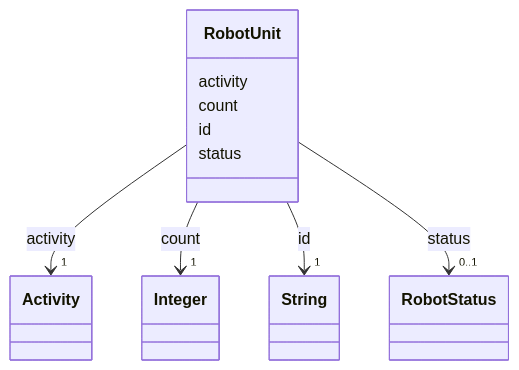
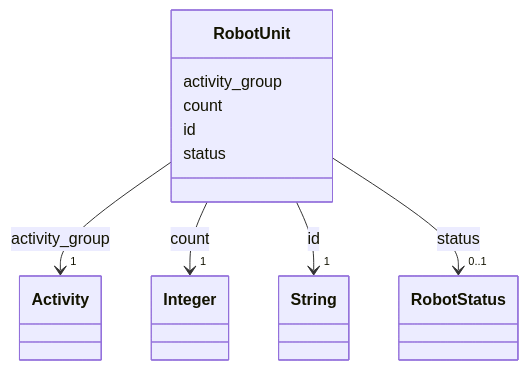
The diagram in docs/model/resource/RobotUnit.md (maikeljsb/rcpc-schema), drawn with Mermaid before and after one commit. The commit also changed other lines of this file and 10 other files, not shown here.

First line of the commit message:
fix(resource): rename activity slot to activity_group

````diff
--- a/docs/model/resource/RobotUnit.md
+++ b/docs/model/resource/RobotUnit.md
@@ -23,50 +23,50 @@
 ```mermaid
  classDiagram
     class RobotUnit
     click RobotUnit href "../RobotUnit/"
-      RobotUnit : activity
+      RobotUnit : activity_group
         
           
     
         
         
-        RobotUnit --> "1" Activity : activity
+        RobotUnit --> "1" Activity : activity_group
         click Activity href "../Activity/"
     
 
         
       RobotUnit : count
         
           
     
         
         
         RobotUnit --> "1" Integer : count
         click Integer href "../http://www.w3.org/2001/XMLSchema#integer/"
     
 
         
       RobotUnit : id
         
           
     
         
         
         RobotUnit --> "1" String : id
         click String href "../http://www.w3.org/2001/XMLSchema#string/"
     
 
         
       RobotUnit : status
         
           
     
         
         
         RobotUnit --> "0..1" RobotStatus : status
         click RobotStatus href "../RobotStatus/"
     
 
         
       
 ```
````
